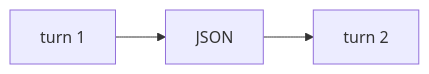
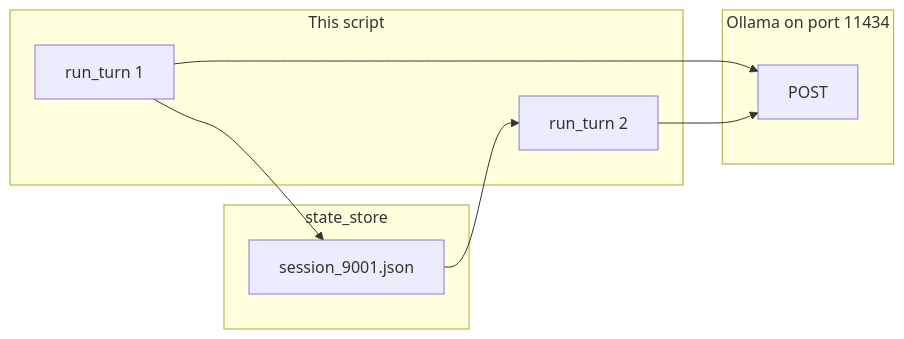
One commit to jacobbweber/AgenticAI-Labs changed the diagram in education/07_one_agent/lab1_core_harness_kernel.md. Above: the diagram before and after it, drawn with Mermaid. The commit also changed other lines of this file, not shown here.

Commit message:
Rewrite 07 lab1 harness kernel brief to the lab template

````diff
--- a/education/07_one_agent/lab1_core_harness_kernel.md
+++ b/education/07_one_agent/lab1_core_harness_kernel.md
@@ -26,5 +16,17 @@
 ```mermaid
 flowchart LR
-    A["turn 1"] --> B["JSON"]
-    B --> C["turn 2"]
+    subgraph lab1_agent_script [This script]
+        T1["run_turn 1"]
+        T2["run_turn 2"]
+    end
+    subgraph lab1_agent_file [state_store]
+        JSON["session_9001.json"]
+    end
+    subgraph lab1_agent_host [Ollama on port 11434]
+        GEN["POST"]
+    end
+    T1 --> JSON
+    T1 --> GEN
+    JSON --> T2
+    T2 --> GEN
 ```
````
